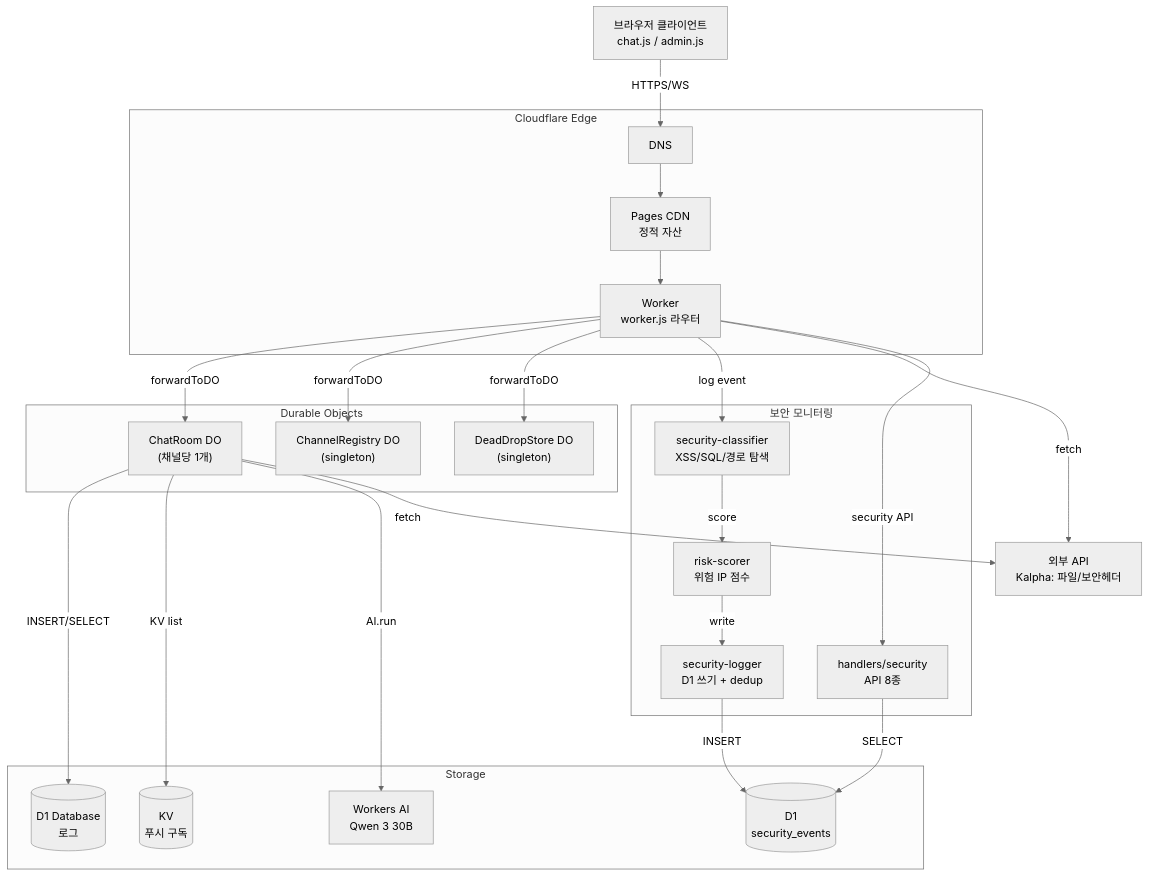
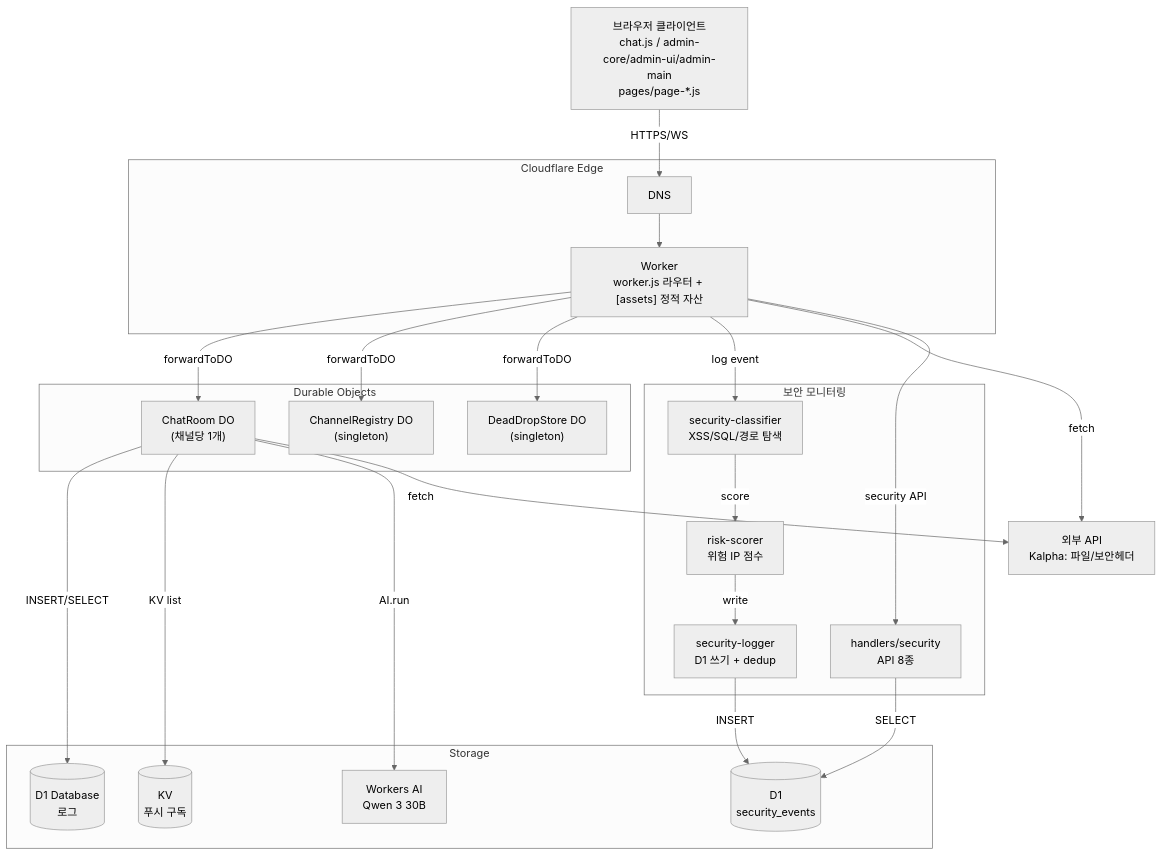
One commit to gguatit/Anonymous_Chat changed the first of 7 diagrams in docs/ARCHITECTURE.md. Above: the diagram before and after it, drawn with Mermaid (neutral theme). The commit also changed other lines of this file and 13 other files, not shown here.

````diff
--- a/docs/ARCHITECTURE.md
+++ b/docs/ARCHITECTURE.md
@@ -21,53 +21,51 @@
 ```mermaid
 flowchart TB
-    Client[브라우저 클라이언트<br/>chat.js / admin.js]
+    Client[브라우저 클라이언트<br/>chat.js / admin-core/admin-ui/admin-main<br/>pages/page-*.js]
 
     subgraph Edge["Cloudflare Edge"]
         DNS[DNS]
-        Pages[Pages CDN<br/>정적 자산]
-        Worker[Worker<br/>worker.js 라우터]
+        Worker["Worker<br/>worker.js 라우터 + [assets] 정적 자산"]
     end
 
     subgraph DO["Durable Objects"]
         ChatRoom["ChatRoom DO<br/>(채널당 1개)"]
         ChannelReg["ChannelRegistry DO<br/>(singleton)"]
         DeadDrop["DeadDropStore DO<br/>(singleton)"]
     end
 
     subgraph Storage["Storage"]
         D1[(D1 Database<br/>로그)]
         D1_sec[(D1<br/>security_events)]
         KV[(KV<br/>푸시 구독)]
         AI[Workers AI<br/>Qwen 3 30B]
     end
 
     External[외부 API<br/>Kalpha: 파일/보안헤더]
 
     subgraph Security["보안 모니터링"]
         Classifier[security-classifier<br/>XSS/SQL/경로 탐색]
         Scorer[risk-scorer<br/>위험 IP 점수]
         SecLogger[security-logger<br/>D1 쓰기 + dedup]
         SecAPI[handlers/security<br/>API 8종]
     end
 
     Client -->|HTTPS/WS| DNS
-    DNS --> Pages
-    Pages --> Worker
+    DNS --> Worker
 
     Worker -->|forwardToDO| ChatRoom
     Worker -->|forwardToDO| ChannelReg
     Worker -->|forwardToDO| DeadDrop
 
     ChatRoom -->|INSERT/SELECT| D1
     ChatRoom -->|KV list| KV
     ChatRoom -->|AI.run| AI
     ChatRoom -->|fetch| External
 
     Worker -->|log event| Classifier
     Classifier -->|score| Scorer
     Scorer -->|write| SecLogger
     SecLogger -->|INSERT| D1_sec
     SecAPI -->|SELECT| D1_sec
     Worker -->|fetch| External
     Worker -->|security API| SecAPI
 ```
````
